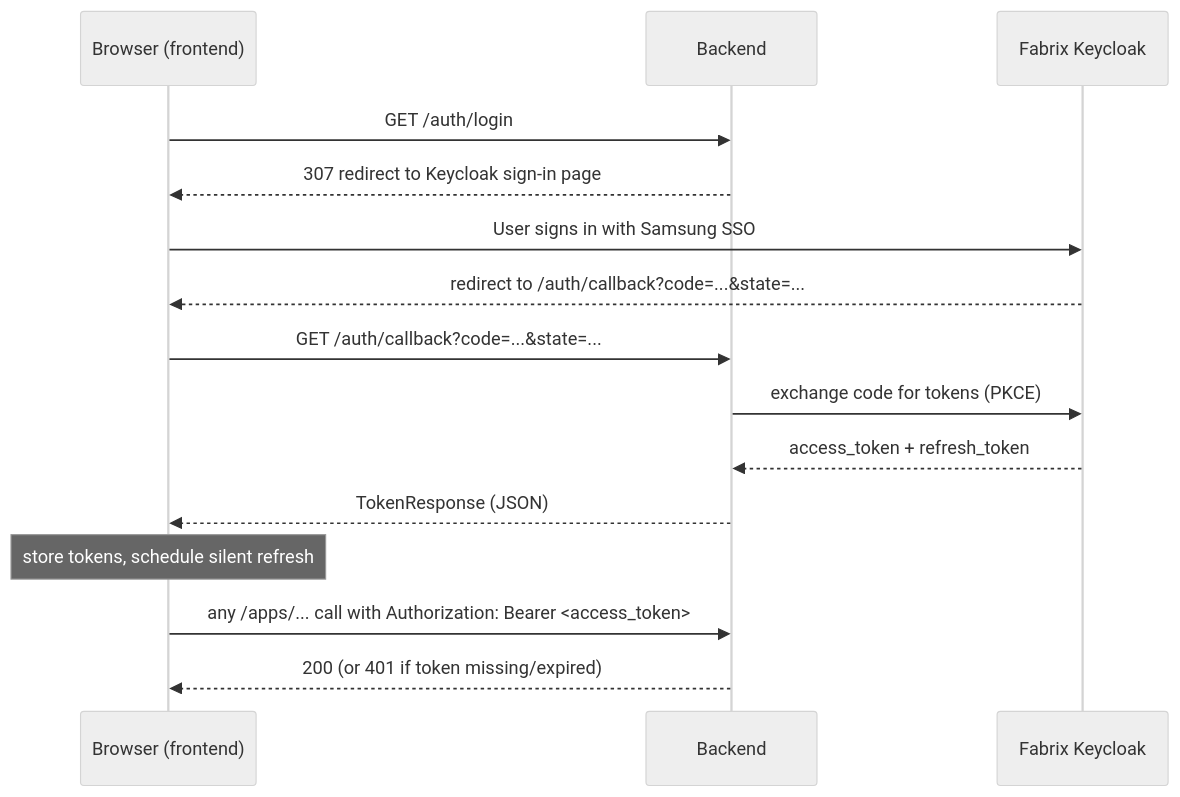
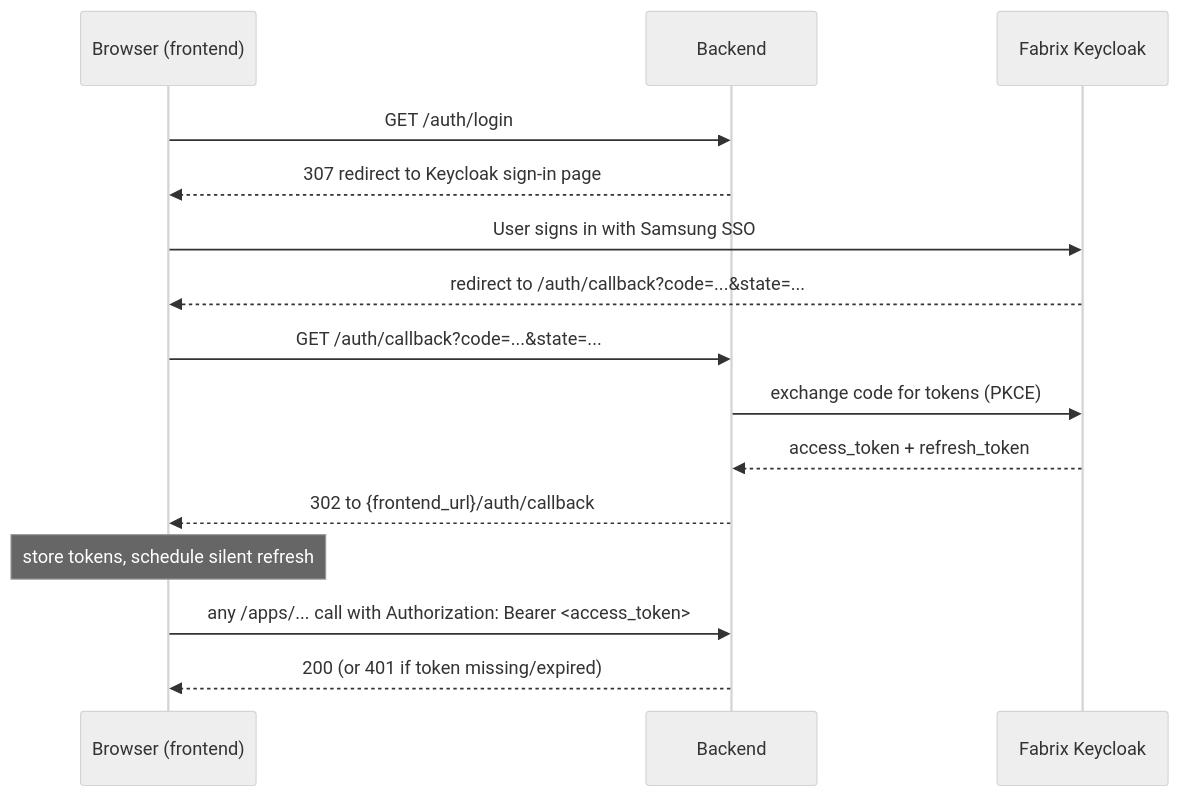
The diagram in AUTHENTICATION.md (limaxlee/da-backend), drawn with Mermaid (neutral theme) before and after one commit. The commit also changed other lines of this file and 4 other files, not shown here.

````diff
--- a/AUTHENTICATION.md
+++ b/AUTHENTICATION.md
@@ -13,20 +13,20 @@
 ```mermaid
 sequenceDiagram
     participant B as Browser (frontend)
     participant API as Backend
     participant KC as Fabrix Keycloak
 
     B->>API: GET /auth/login
     API-->>B: 307 redirect to Keycloak sign-in page
     B->>KC: User signs in with Samsung SSO
     KC-->>B: redirect to /auth/callback?code=...&state=...
     B->>API: GET /auth/callback?code=...&state=...
     API->>KC: exchange code for tokens (PKCE)
     KC-->>API: access_token + refresh_token
-    API-->>B: TokenResponse (JSON)
+    API-->>B: 302 to {frontend_url}/auth/callback#access_token=...
 
     Note over B: store tokens, schedule silent refresh
 
     B->>API: any /apps/... call with Authorization: Bearer <access_token>
     API-->>B: 200 (or 401 if token missing/expired)
 ```
````
